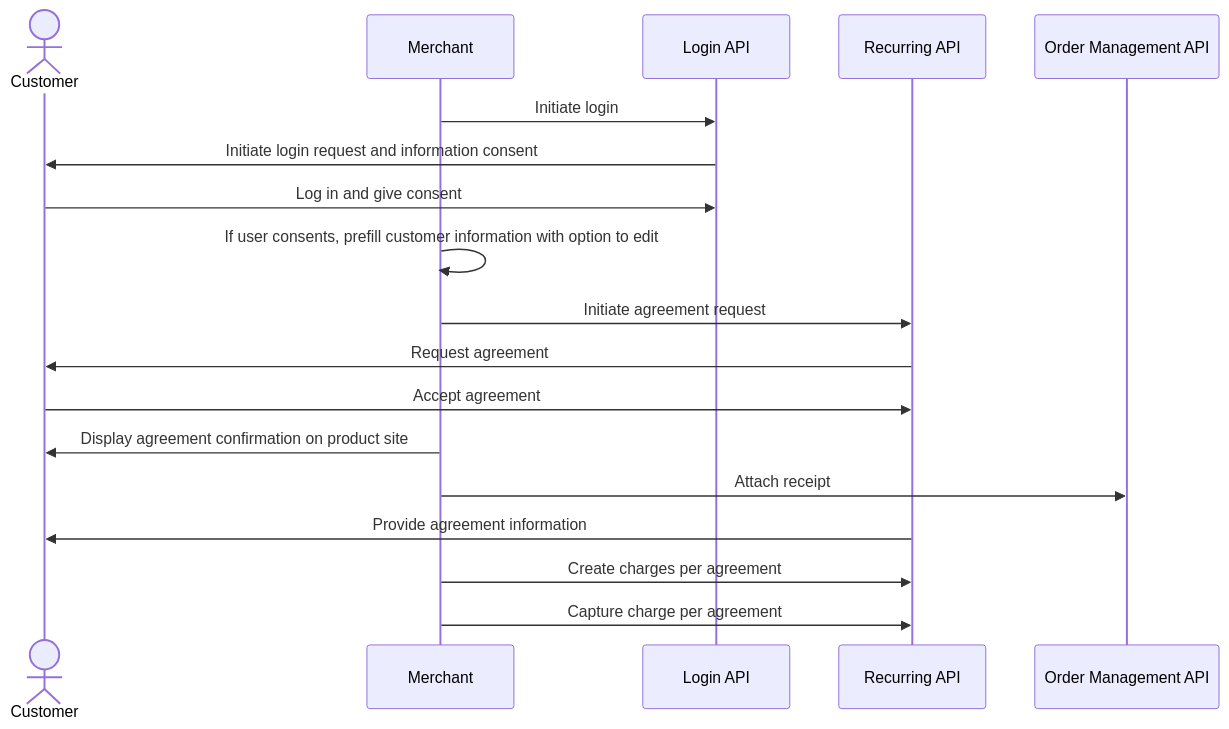
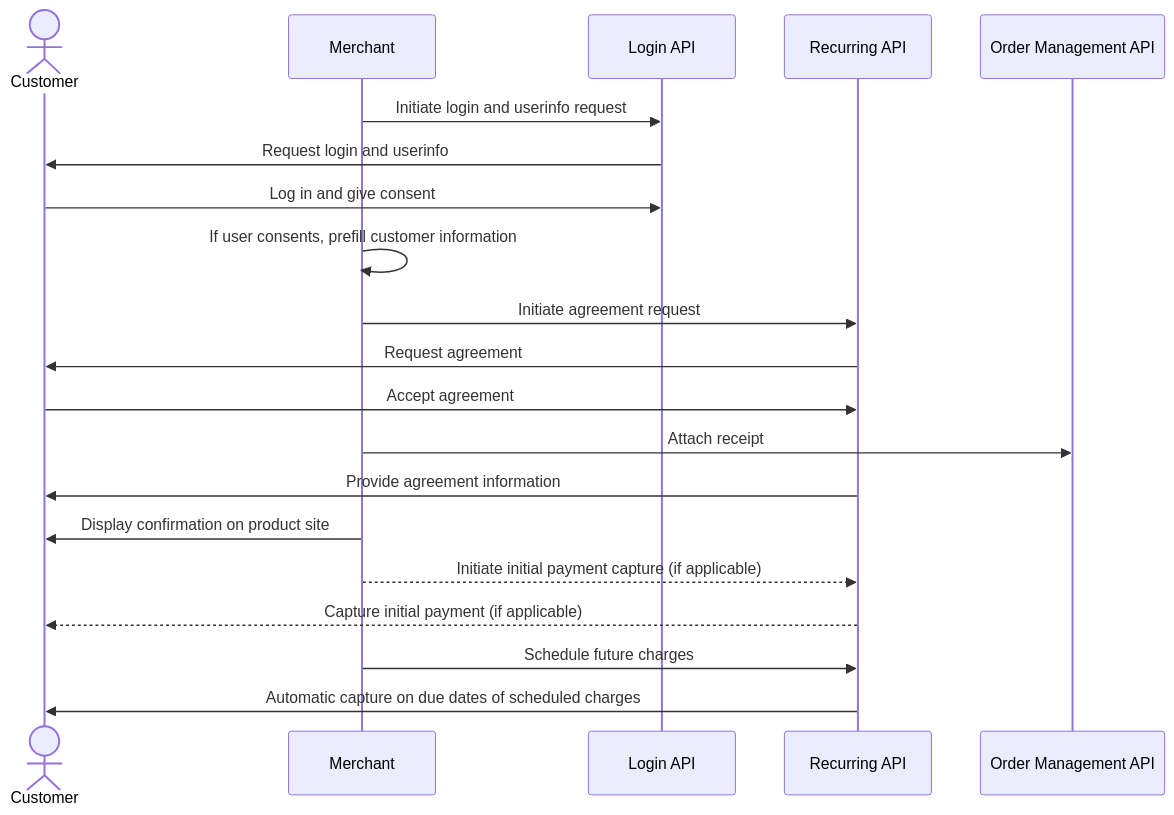
Before and after one commit to vippsas/vipps-solutions: the diagram in parking/README.md, drawn with Mermaid. The commit also changed other lines of this file and 13 other files, not shown here.

Commit message:
Sequence diagrams: Add line to initiate payment capture

````diff
--- a/parking/README.md
+++ b/parking/README.md
@@ -70,21 +69,23 @@
 ``` mermaid
 sequenceDiagram
     actor C as Customer
     participant M as Merchant
     participant Login as Login API
     participant Recurring as Recurring API
     participant ordermanagement as Order Management API
 
-    M->>Login: Initiate login
-    Login->>C: Initiate login request and information consent
+    M->>Login: Initiate login and userinfo request
+    Login->>C: Request login and userinfo
     C->>Login: Log in and give consent
-    M->>M: If user consents, prefill customer information with option to edit
+    M->>M: If user consents, prefill customer information
     M->>Recurring: Initiate agreement request
     Recurring->>C: Request agreement
     C->>Recurring: Accept agreement
-    M->>C: Display agreement confirmation on product site
     M->> ordermanagement: Attach receipt
     Recurring->>C: Provide agreement information
-    M->>Recurring: Create charges per agreement
-    M->>Recurring: Capture charge per agreement
+    M->>C: Display confirmation on product site
+    M-->>Recurring: Initiate initial payment capture (if applicable)
+    Recurring-->>C: Capture initial payment (if applicable)
+    M->>Recurring: Schedule future charges
+    Recurring->>C: Automatic capture on due dates of scheduled charges
 ```
````
